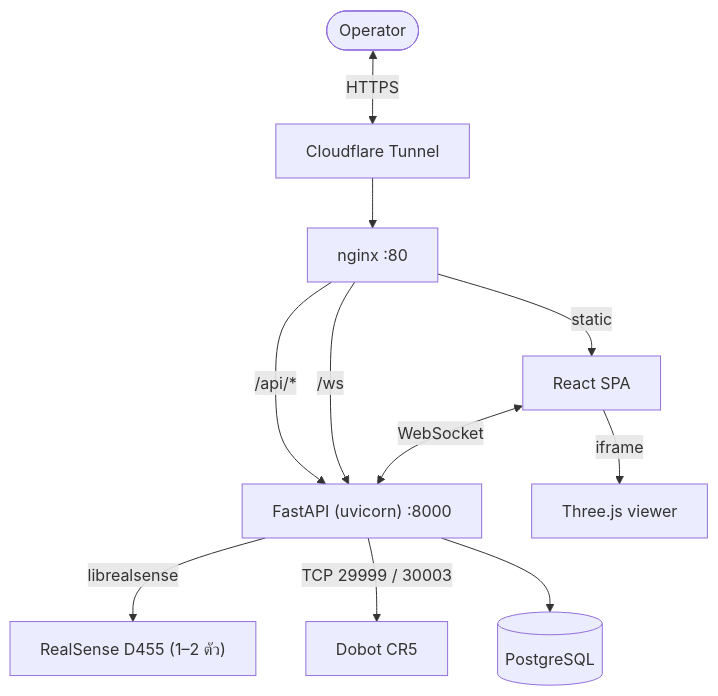
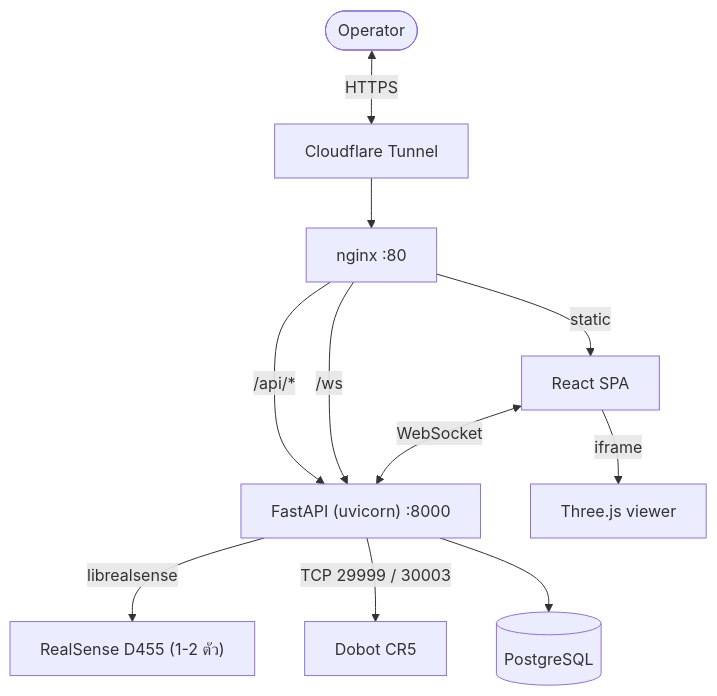
The diagram in README.md (RobotGuiding101/web_robot), drawn with Mermaid before and after one commit. The commit also changed other lines of this file, not shown here.

````diff
--- a/README.md
+++ b/README.md
@@ -168,14 +237,14 @@
 ```mermaid
 graph TD
     User([Operator]) <-->|HTTPS| CF[Cloudflare Tunnel]
     CF --> NG[nginx :80]
     NG -->|/api/*| API["FastAPI (uvicorn) :8000"]
     NG -->|/ws| API
     NG -->|static| FE[React SPA]
 
-    API -->|librealsense| CAM["RealSense D455 (1–2 ตัว)"]
+    API -->|librealsense| CAM["RealSense D455 (1-2 ตัว)"]
     API -->|TCP 29999 / 30003| DOB[Dobot CR5]
     API --> PG[(PostgreSQL)]
     FE -->|iframe| VIEW["Three.js viewer"]
     FE <-->|WebSocket| API
 ```
````
